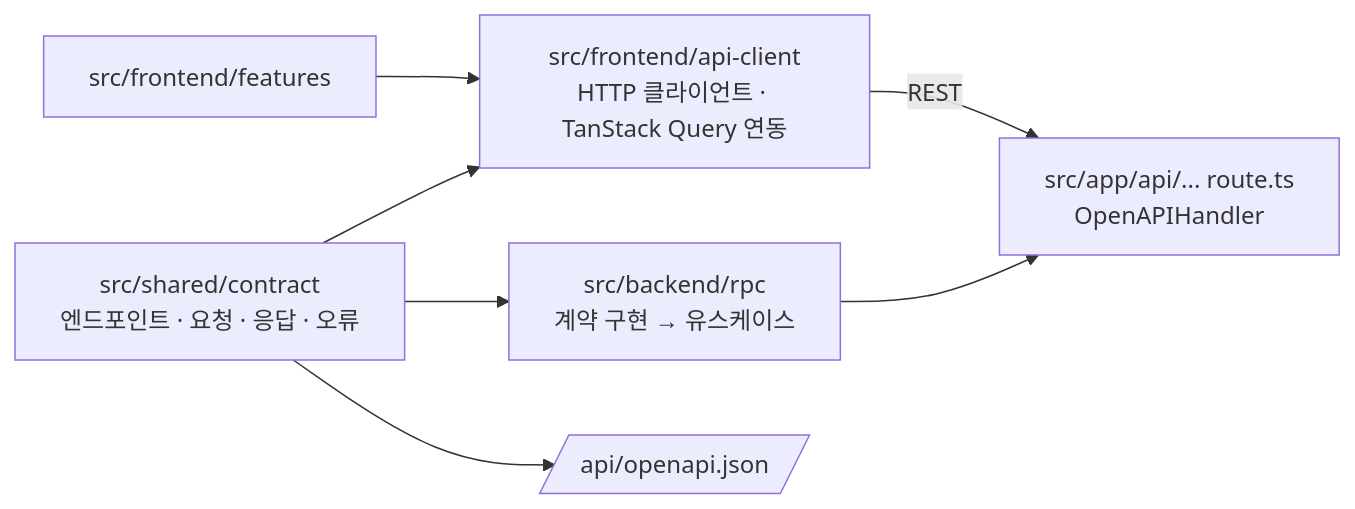
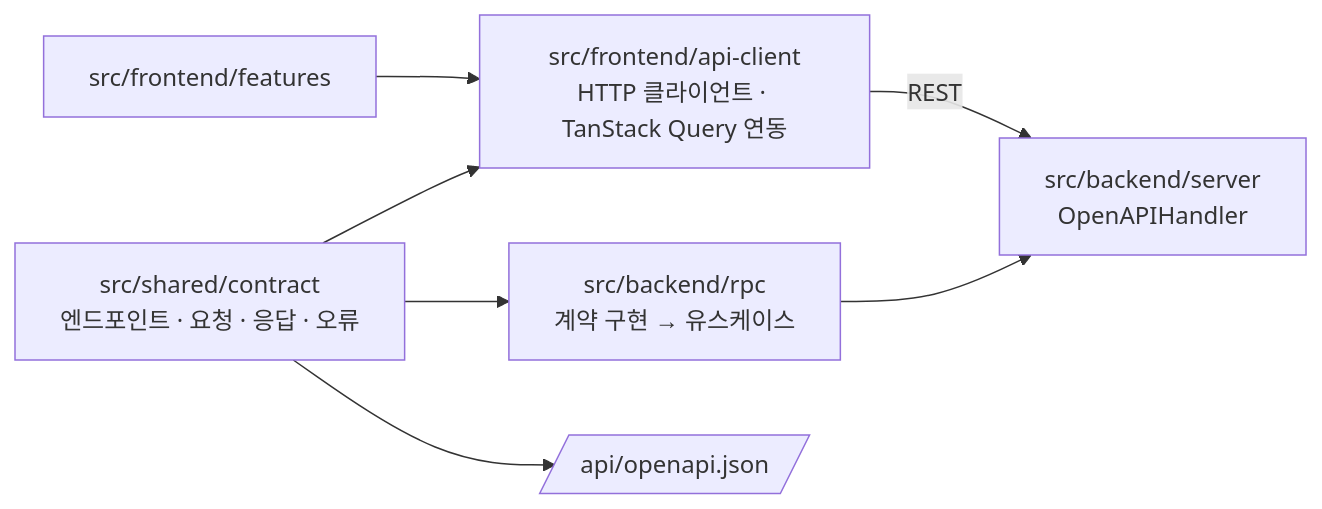
The diagram in docs/decisions/ADR-007-frontend-structure.md (Changsik00/inkle), drawn with Mermaid before and after one commit. The commit also changed other lines of this file and 8 other files, not shown here.

````diff
--- a/docs/decisions/ADR-007-frontend-structure.md
+++ b/docs/decisions/ADR-007-frontend-structure.md
@@ -43,9 +43,9 @@
 ```mermaid
 flowchart LR
     C[src/shared/contract<br/>엔드포인트 · 요청 · 응답 · 오류] --> S[src/backend/rpc<br/>계약 구현 → 유스케이스]
     C --> K[src/frontend/api-client<br/>HTTP 클라이언트 · TanStack Query 연동]
     C --> O[/api/openapi.json/]
-    S --> R[src/app/api/... route.ts<br/>OpenAPIHandler]
+    S --> R[src/backend/server<br/>OpenAPIHandler]
     K -->|REST| R
     F[src/frontend/features] --> K
 ```
````
